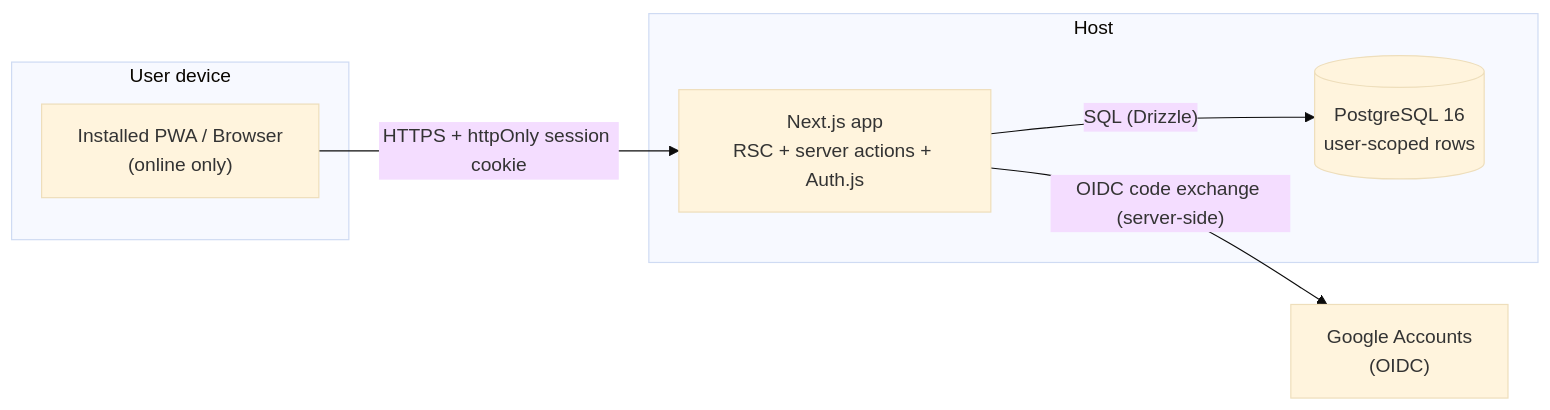
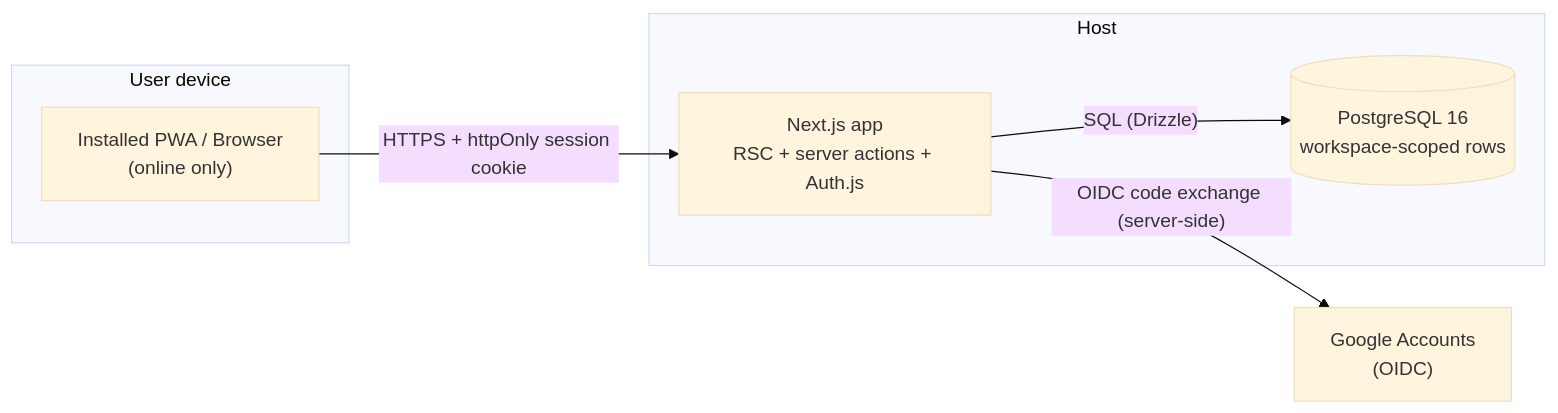
The first of 2 diagrams in README.md (jsoladur/monthly-expenses), drawn with Mermaid (base theme) before and after one commit. The commit also changed other lines of this file and 8 other files, not shown here.

````diff
--- a/README.md
+++ b/README.md
@@ -158,17 +172,17 @@
 ```mermaid
 flowchart LR
     subgraph Client["User device"]
         PWA["Installed PWA / Browser<br/>(online only)"]
     end
 
     subgraph Server["Host"]
         APP["Next.js app<br/>RSC + server actions + Auth.js"]
-        DB[("PostgreSQL 16<br/>user-scoped rows")]
+        DB[("PostgreSQL 16<br/>workspace-scoped rows")]
         APP -->|"SQL (Drizzle)"| DB
     end
 
     GOOGLE["Google Accounts<br/>(OIDC)"]
 
     PWA -->|"HTTPS + httpOnly session cookie"| APP
     APP -->|"OIDC code exchange (server-side)"| GOOGLE
 ```
````
